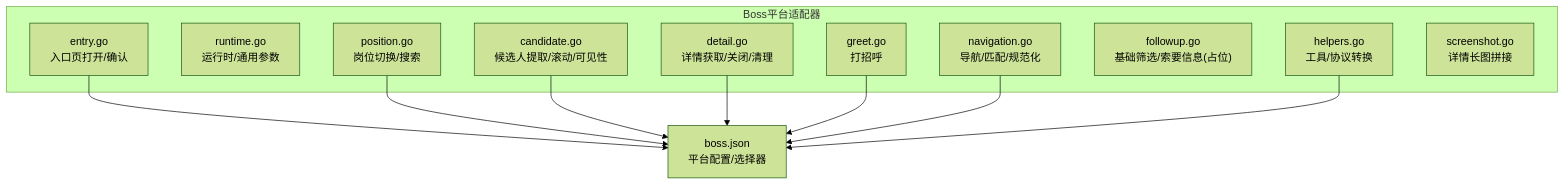
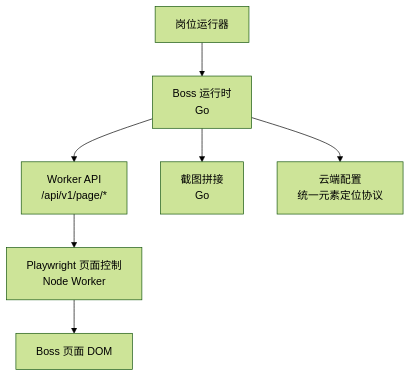
The first of 6 diagrams in .qoder/repowiki/zh/content/系统架构/本地Agent架构/平台适配器系统/Boss直聘适配器.md (alvinwangzi/goodhr), drawn with Mermaid (forest theme) before and after one commit. The commit also changed other lines of this file and 149 other files, not shown here.

````diff
--- a/.qoder/repowiki/zh/content/系统架构/本地Agent架构/平台适配器系统/Boss直聘适配器.md
+++ b/.qoder/repowiki/zh/content/系统架构/本地Agent架构/平台适配器系统/Boss直聘适配器.md
@@ -37,23 +46,9 @@
 ```mermaid
 graph TB
-subgraph "Boss平台适配器"
-E["entry.go<br/>入口页打开/确认"]
-R["runtime.go<br/>运行时/通用参数"]
-N["navigation.go<br/>导航/匹配/规范化"]
-P["position.go<br/>岗位切换/搜索"]
-C["candidate.go<br/>候选人提取/滚动/可见性"]
-D["detail.go<br/>详情获取/关闭/清理"]
-G["greet.go<br/>打招呼"]
-F["followup.go<br/>基础筛选/索要信息(占位)"]
-H["helpers.go<br/>工具/协议转换"]
-S["screenshot.go<br/>详情长图拼接"]
-end
-B["boss.json<br/>平台配置/选择器"]
-E --> B
-P --> B
-C --> B
-D --> B
-G --> B
-N --> B
-H --> B
+A["岗位运行器"] --> B["Boss 运行时<br/>Go"]
+B --> C["Worker API<br/>/api/v1/page/*"]
+C --> D["Playwright 页面控制<br/>Node Worker"]
+B --> E["截图拼接<br/>Go"]
+B --> F["云端配置<br/>统一元素定位协议"]
+D --> G["Boss 页面 DOM"]
 ```
````
